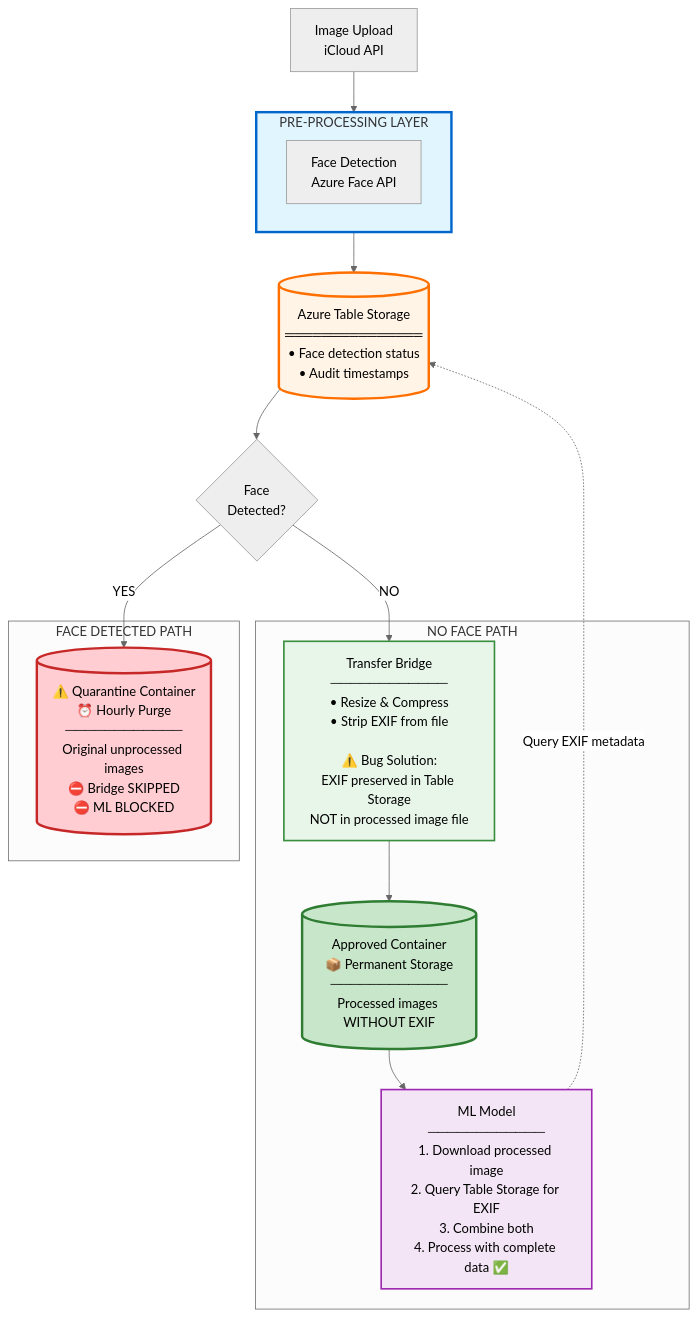
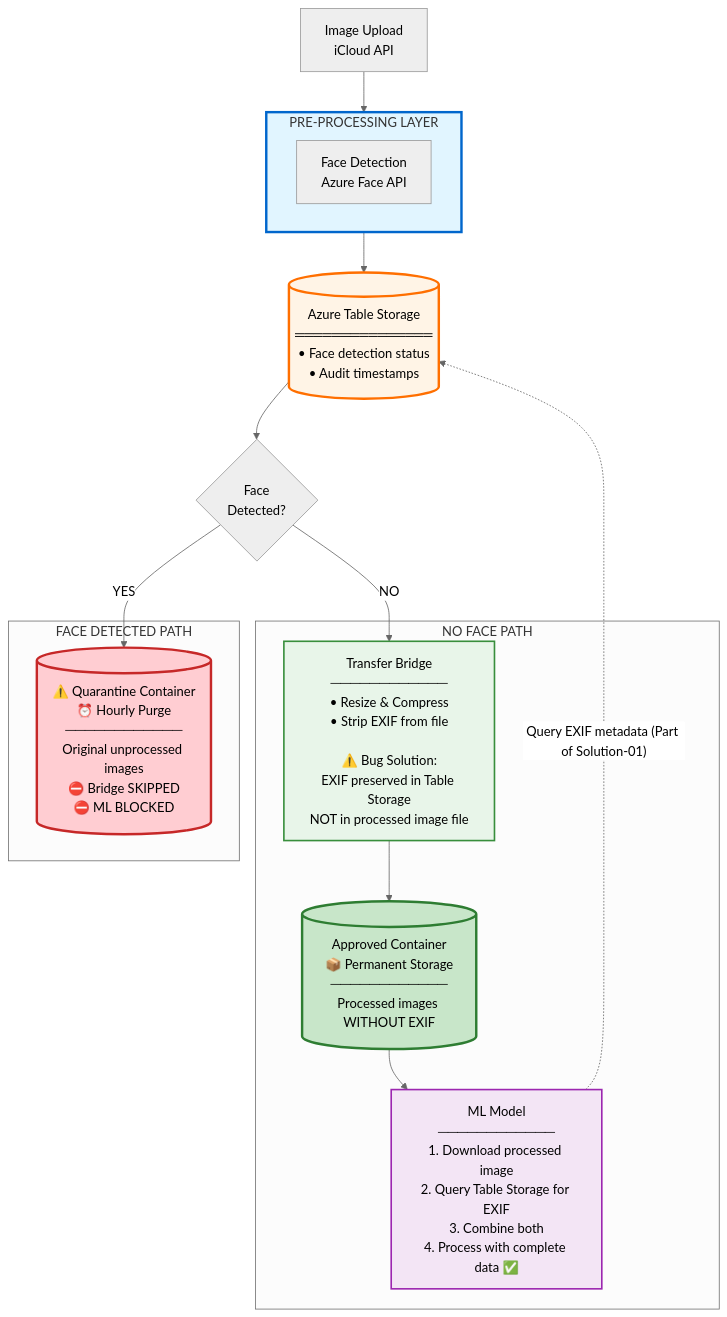
Before and after one commit to anandSgunti/cloud: the diagram in 03. The-Privacy/Solution architecture.md, drawn with Mermaid (neutral theme).

Commit message:
Update Solution architecture.md

````diff
--- a/03. The-Privacy/Solution architecture.md
+++ b/03. The-Privacy/Solution architecture.md
@@ -17,41 +17,41 @@
 ```mermaid
 flowchart TD
     Start[Image Upload<br/>iCloud API]
     
     subgraph PreProcess[PRE-PROCESSING LAYER]
         FaceDetect[Face Detection<br/>Azure Face API]
     end
     
     TableStorage[(Azure Table Storage<br/>═══════════════<br/>• Face detection status<br/>• Audit timestamps)]
     
     Decision{Face<br/>Detected?}
     
     subgraph NoFace[NO FACE PATH]
         Bridge[Transfer Bridge<br/>────────────<br/>• Resize & Compress<br/>• Strip EXIF from file<br/><br/>⚠️ Bug Solution:<br/>EXIF preserved in Table Storage<br/>NOT in processed image file]
         Approved[(Approved Container<br/>📦 Permanent Storage<br/>────────────<br/>Processed images WITHOUT EXIF)]
         ML[ML Model<br/>────────────<br/>1. Download processed image<br/>2. Query Table Storage for EXIF<br/>3. Combine both<br/>4. Process with complete data ✅]
     end
     
     subgraph FacePath[FACE DETECTED PATH]
         Quarantine[(⚠️ Quarantine Container<br/>⏰ Hourly Purge<br/>────────────<br/>Original unprocessed images<br/>⛔ Bridge SKIPPED<br/>⛔ ML BLOCKED)]
     end
     
     Start --> PreProcess
     PreProcess --> TableStorage
     TableStorage --> Decision
     
     Decision -->|NO| Bridge
     Bridge --> Approved
     Approved --> ML
-    ML -.Query EXIF metadata.-> TableStorage
+    ML -.Query EXIF metadata (Part of Solution-01).-> TableStorage
     
     Decision -->|YES| Quarantine
     
     
     style PreProcess fill:#e1f5ff,stroke:#0066cc,stroke-width:3px
     style TableStorage fill:#fff4e6,stroke:#ff6f00,stroke-width:3px
     style Bridge fill:#e8f5e9,stroke:#388e3c,stroke-width:2px
     style Approved fill:#c8e6c9,stroke:#2e7d32,stroke-width:3px
     style ML fill:#f3e5f5,stroke:#9c27b0,stroke-width:2px
     style Quarantine fill:#ffcdd2,stroke:#c62828,stroke-width:3px
 ```
````
